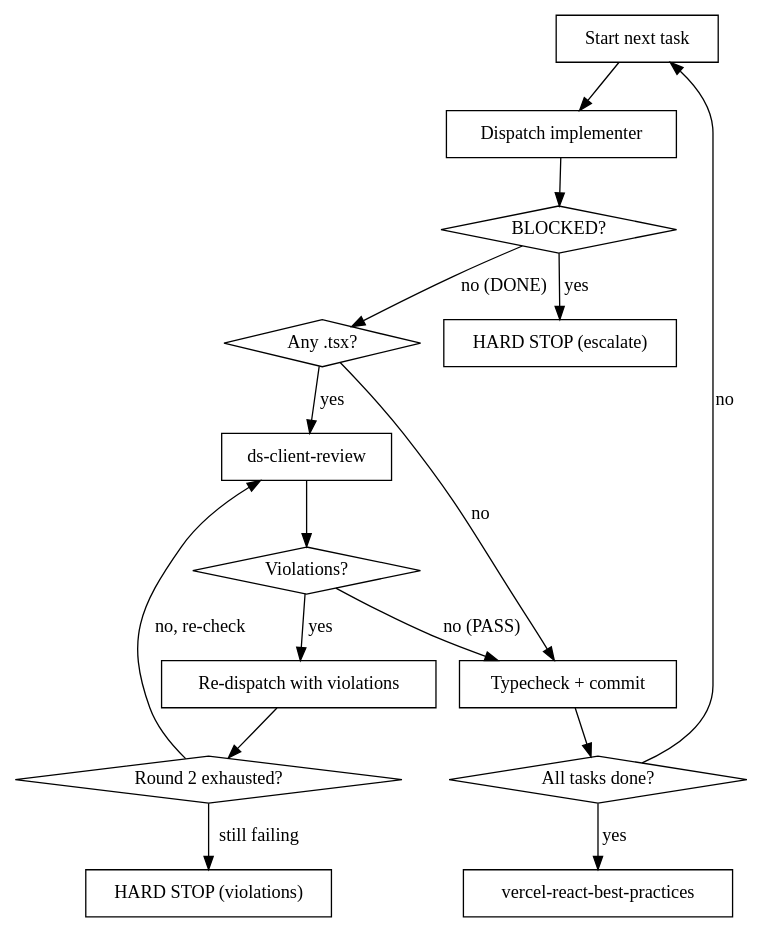
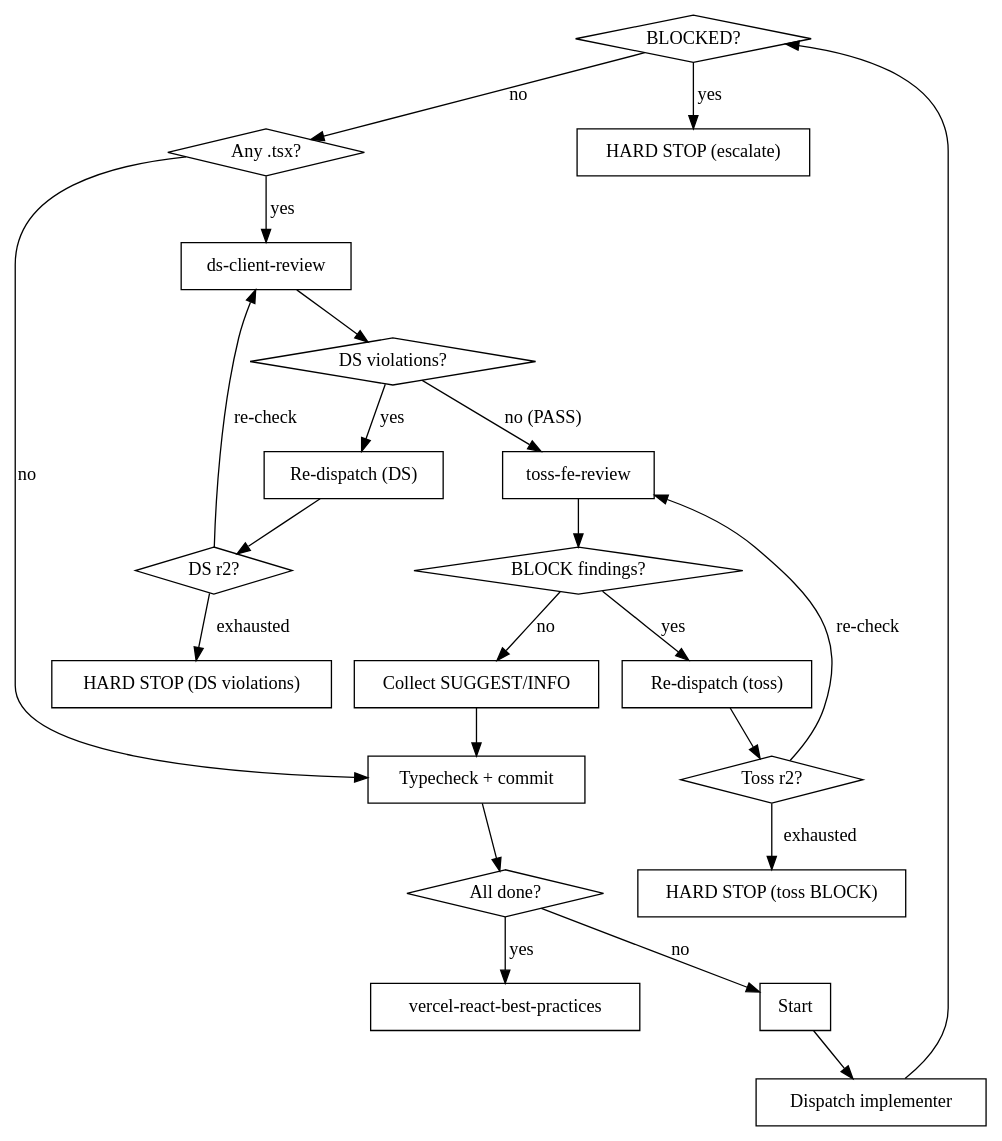
The first of 2 diagrams in .claude/skills/ds-client-constrained-execution/SKILL.md (KISA-webpage-development-team/umichkisa-ds), drawn with Graphviz before and after one commit. The commit also changed other lines of this file and 22 other files, not shown here.

````diff
--- a/.claude/skills/ds-client-constrained-execution/SKILL.md
+++ b/.claude/skills/ds-client-constrained-execution/SKILL.md
@@ -44,33 +35,27 @@
 ```dot
 digraph no_tdd {
-  "Start next task" [shape=box];
-  "Dispatch implementer" [shape=box];
-  "BLOCKED?" [shape=diamond];
-  "HARD STOP (escalate)" [shape=box];
-  "Any .tsx?" [shape=diamond];
-  "ds-client-review" [shape=box];
-  "Violations?" [shape=diamond];
-  "Re-dispatch with violations" [shape=box];
-  "Round 2 exhausted?" [shape=diamond];
-  "HARD STOP (violations)" [shape=box];
-  "Typecheck + commit" [shape=box];
-  "All tasks done?" [shape=diamond];
-  "vercel-react-best-practices" [shape=box];
+  node [shape=box];
+  "BLOCKED?" [shape=diamond]; "Any .tsx?" [shape=diamond]; "DS violations?" [shape=diamond]; "DS r2?" [shape=diamond]; "BLOCK findings?" [shape=diamond]; "Toss r2?" [shape=diamond]; "All done?" [shape=diamond];
 
-  "Start next task" -> "Dispatch implementer";
-  "Dispatch implementer" -> "BLOCKED?";
+  "Start" -> "Dispatch implementer" -> "BLOCKED?";
   "BLOCKED?" -> "HARD STOP (escalate)" [label="yes"];
-  "BLOCKED?" -> "Any .tsx?" [label="no (DONE)"];
+  "BLOCKED?" -> "Any .tsx?" [label="no"];
   "Any .tsx?" -> "ds-client-review" [label="yes"];
   "Any .tsx?" -> "Typecheck + commit" [label="no"];
-  "ds-client-review" -> "Violations?";
-  "Violations?" -> "Typecheck + commit" [label="no (PASS)"];
-  "Violations?" -> "Re-dispatch with violations" [label="yes"];
-  "Re-dispatch with violations" -> "Round 2 exhausted?";
-  "Round 2 exhausted?" -> "HARD STOP (violations)" [label="still failing"];
-  "Round 2 exhausted?" -> "ds-client-review" [label="no, re-check"];
-  "Typecheck + commit" -> "All tasks done?";
-  "All tasks done?" -> "vercel-react-best-practices" [label="yes"];
-  "All tasks done?" -> "Start next task" [label="no"];
+  "ds-client-review" -> "DS violations?";
+  "DS violations?" -> "toss-fe-review" [label="no (PASS)"];
+  "DS violations?" -> "Re-dispatch (DS)" [label="yes"];
+  "Re-dispatch (DS)" -> "DS r2?";
+  "DS r2?" -> "HARD STOP (DS violations)" [label="exhausted"];
+  "DS r2?" -> "ds-client-review" [label="re-check"];
+  "toss-fe-review" -> "BLOCK findings?";
+  "BLOCK findings?" -> "Collect SUGGEST/INFO" [label="no"];
+  "BLOCK findings?" -> "Re-dispatch (toss)" [label="yes"];
+  "Re-dispatch (toss)" -> "Toss r2?";
+  "Toss r2?" -> "HARD STOP (toss BLOCK)" [label="exhausted"];
+  "Toss r2?" -> "toss-fe-review" [label="re-check"];
+  "Collect SUGGEST/INFO" -> "Typecheck + commit" -> "All done?";
+  "All done?" -> "vercel-react-best-practices" [label="yes"];
+  "All done?" -> "Start" [label="no"];
 }
 ```
````
